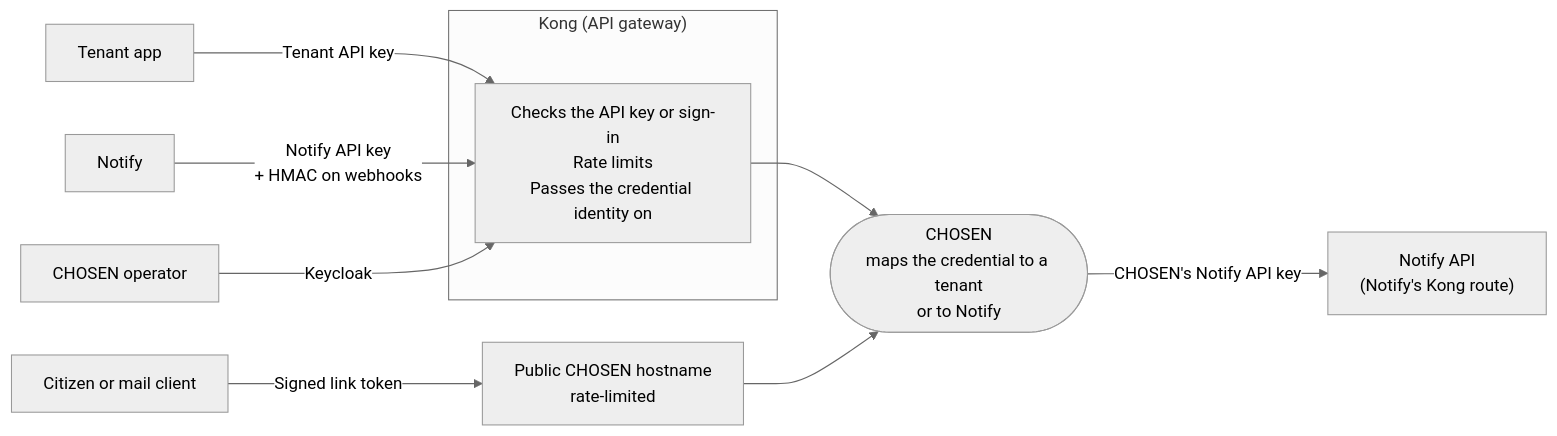
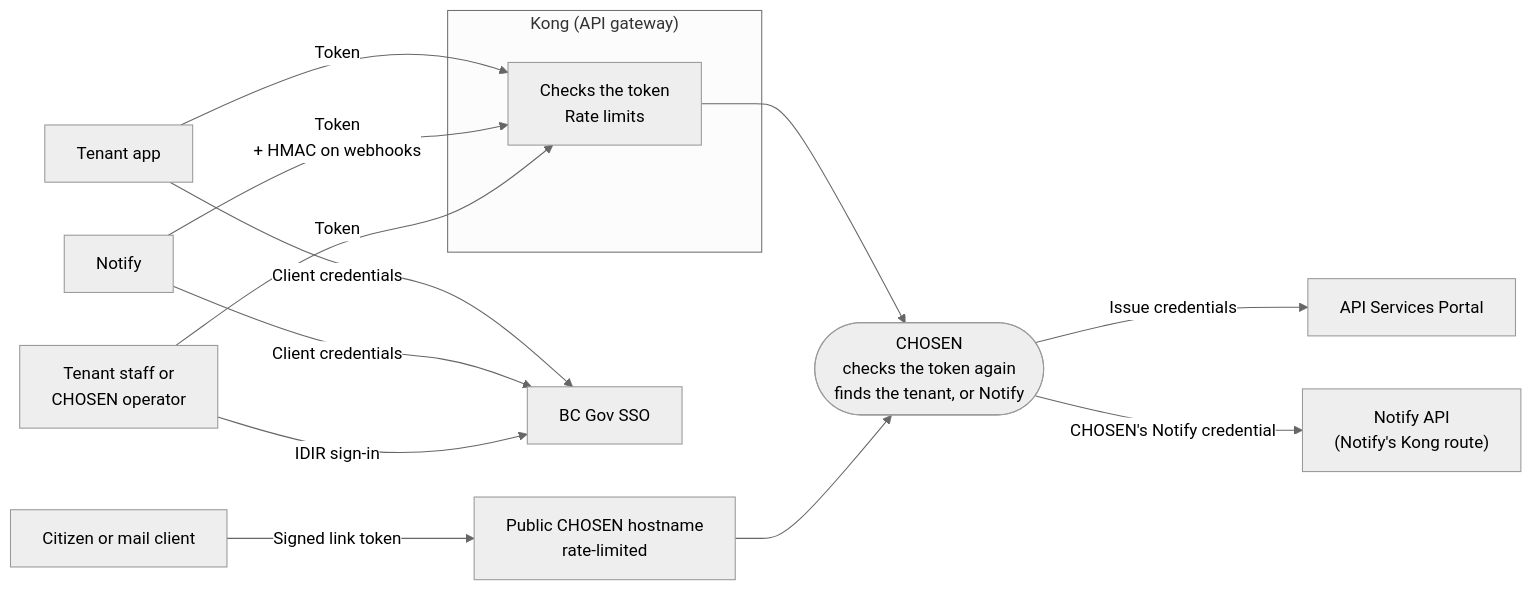
One commit to bcgov/common-subscription-manager changed the eighth of 8 diagrams in README.md. Above: the diagram before and after it, drawn with Mermaid (neutral theme). The commit also changed other lines of this file and 37 other files, not shown here.

````diff
--- a/README.md
+++ b/README.md
@@ -283,24 +322,30 @@
 ```mermaid
 flowchart LR
     lob["Tenant app"]
     notify["Notify"]
     citizen["Citizen or mail client"]
-    op["CHOSEN operator"]
+    staff["Tenant staff or<br/>CHOSEN operator"]
+    sso["BC Gov SSO"]
 
     subgraph Gateway["Kong (API gateway)"]
-        kong["Checks the API key or sign-in<br/>Rate limits<br/>Passes the credential identity on"]
+        kong["Checks the token<br/>Rate limits"]
     end
 
-    chosen(["CHOSEN<br/>maps the credential to a tenant<br/>or to Notify"])
+    chosen(["CHOSEN<br/>checks the token again<br/>finds the tenant, or Notify"])
     pub["Public CHOSEN hostname<br/>rate-limited"]
     notifyApi["Notify API<br/>(Notify's Kong route)"]
+    aps["API Services Portal"]
 
-    lob -->|"Tenant API key"| kong
-    notify -->|"Notify API key<br/>+ HMAC on webhooks"| kong
-    op -->|"Keycloak"| kong
+    lob -->|"Client credentials"| sso
+    notify -->|"Client credentials"| sso
+    staff -->|"IDIR sign-in"| sso
+    lob -->|"Token"| kong
+    notify -->|"Token<br/>+ HMAC on webhooks"| kong
+    staff -->|"Token"| kong
     kong --> chosen
 
     citizen -->|"Signed link token"| pub --> chosen
 
-    chosen -->|"CHOSEN's Notify API key"| notifyApi
+    chosen -->|"Issue credentials"| aps
+    chosen -->|"CHOSEN's Notify credential"| notifyApi
 ```
````
